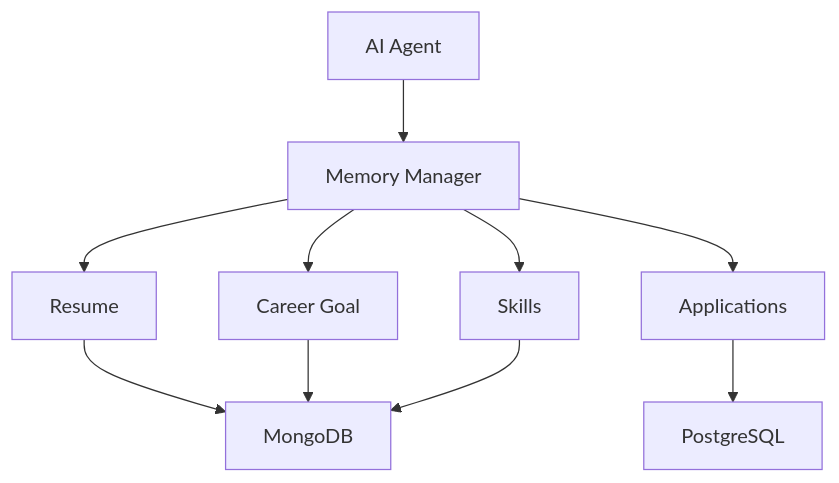
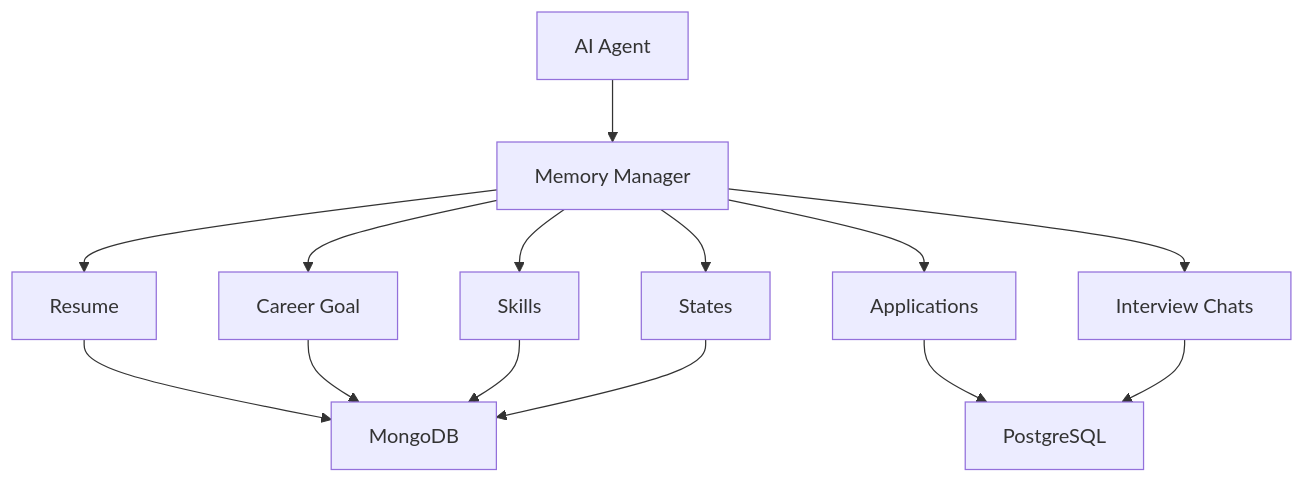
The sixth of 7 diagrams in README.md (Rishu2905/candidate-ai-portal), drawn with Mermaid before and after one commit. The commit also changed other lines of this file and 8 other files, not shown here.

````diff
--- a/README.md
+++ b/README.md
@@ -160,31 +163,39 @@
 ```mermaid
 flowchart TD
 
     Agent["AI Agent"]
 
     MemoryManager["Memory Manager"]
 
     Mongo["MongoDB"]
 
     SQL["PostgreSQL"]
 
     Resume["Resume"]
 
     Goal["Career Goal"]
 
     Skills["Skills"]
 
     Applications["Applications"]
 
+    States["States"]
+
+    InterviewChats["Interview Chats"]
+
     Agent --> MemoryManager
 
     MemoryManager --> Resume
     MemoryManager --> Goal
     MemoryManager --> Skills
     MemoryManager --> Applications
+    MemoryManager --> States
+    MemoryManager --> InterviewChats
 
     Resume --> Mongo
     Goal --> Mongo
     Skills --> Mongo
+    States --> Mongo
     Applications --> SQL
+    InterviewChats --> SQL
 ```
````
